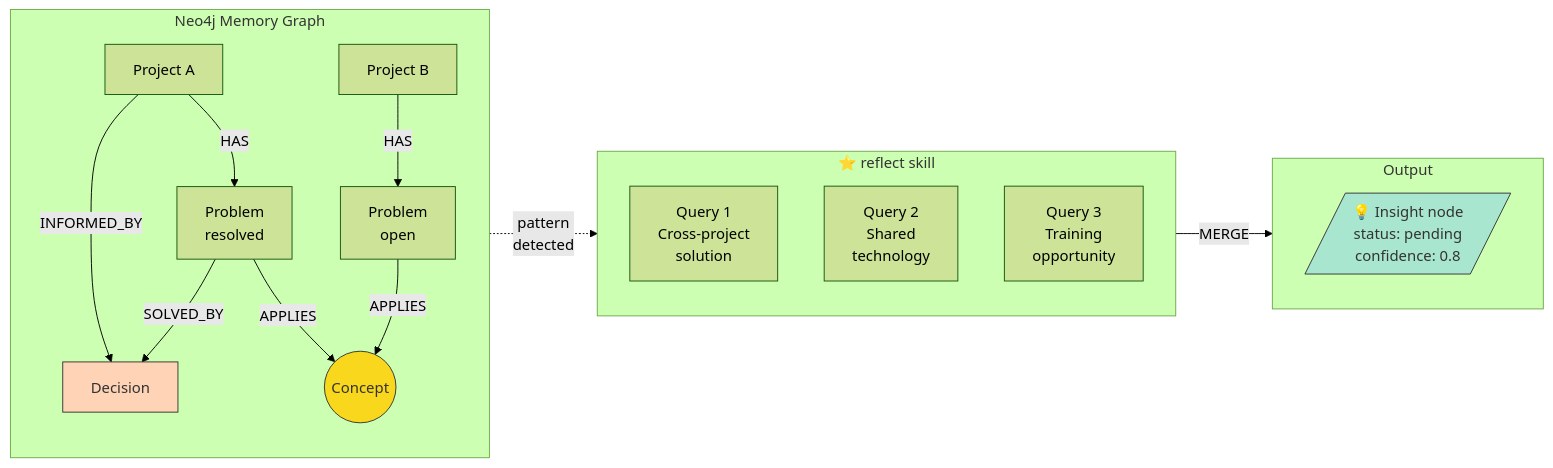
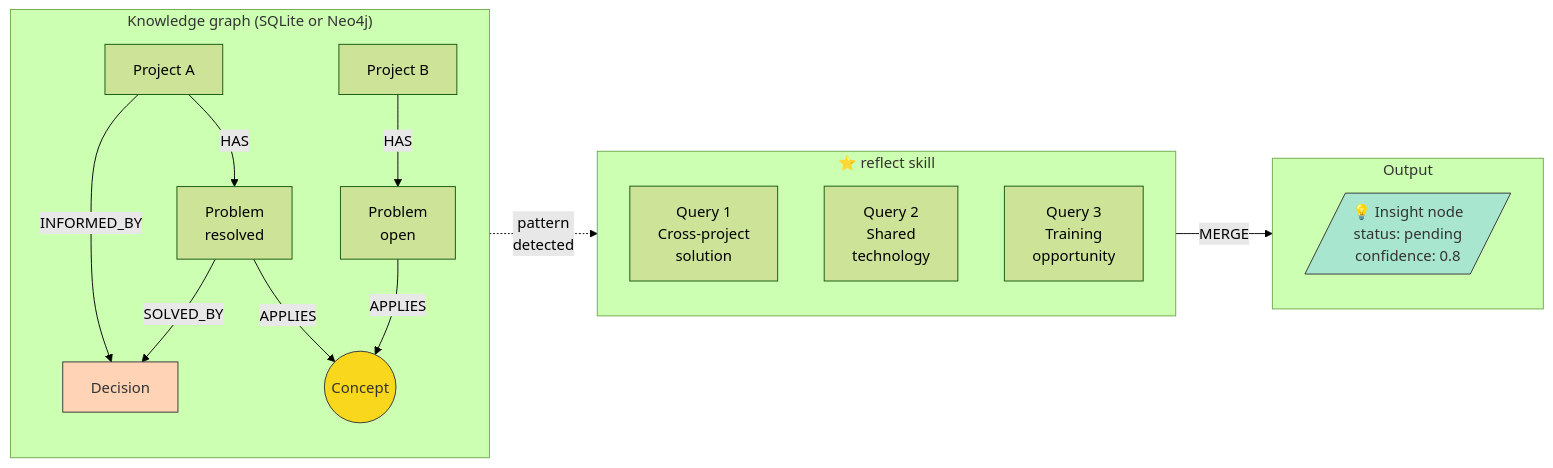
Before and after one commit to scops/engrama: the second of 4 diagrams in ARCHITECTURE.md, drawn with Mermaid (forest theme). The commit also changed other lines of this file and 14 other files, not shown here.

````diff
--- a/ARCHITECTURE.md
+++ b/ARCHITECTURE.md
@@ -97,28 +111,28 @@
 ```mermaid
 flowchart LR
-  subgraph Graph["Neo4j Memory Graph"]
+  subgraph Graph["Knowledge graph (SQLite or Neo4j)"]
     P1[Project A] -->|HAS| RP[Problem\nresolved]
     P2[Project B] -->|HAS| OP[Problem\nopen]
     RP -->|APPLIES| C((Concept))
     OP -->|APPLIES| C
     RP -->|SOLVED_BY| D[Decision]
     P1 -->|INFORMED_BY| D
   end
 
   subgraph Reflect["⭐ reflect skill"]
     Q1["Query 1\nCross-project\nsolution"]
     Q2["Query 2\nShared\ntechnology"]
     Q3["Query 3\nTraining\nopportunity"]
   end
 
   subgraph Output["Output"]
     I[/"💡 Insight node\nstatus: pending\nconfidence: 0.8"/]
   end
 
   Graph -.->|pattern\ndetected| Reflect
   Reflect -->|MERGE| Output
 
   style C fill:#f9d71c,stroke:#333,color:#333
   style I fill:#a8e6cf,stroke:#333,color:#333
   style D fill:#ffd3b6,stroke:#333,color:#333
 ```
````
